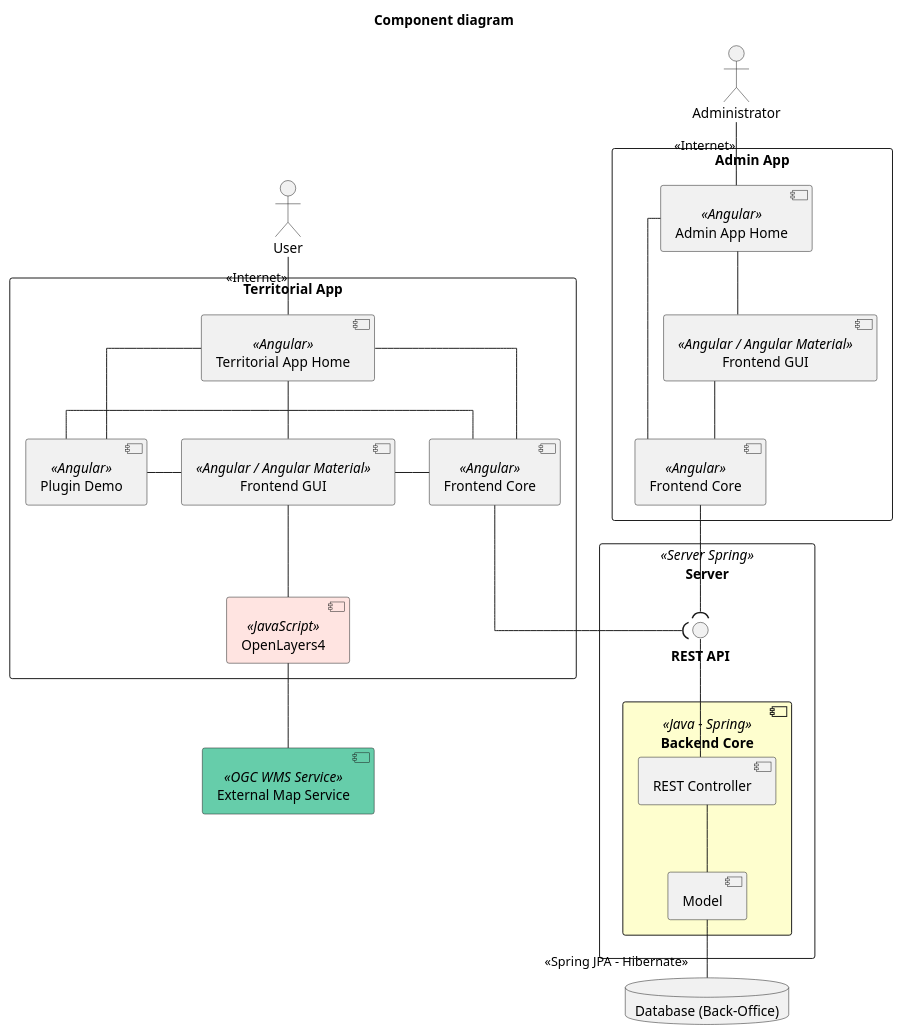
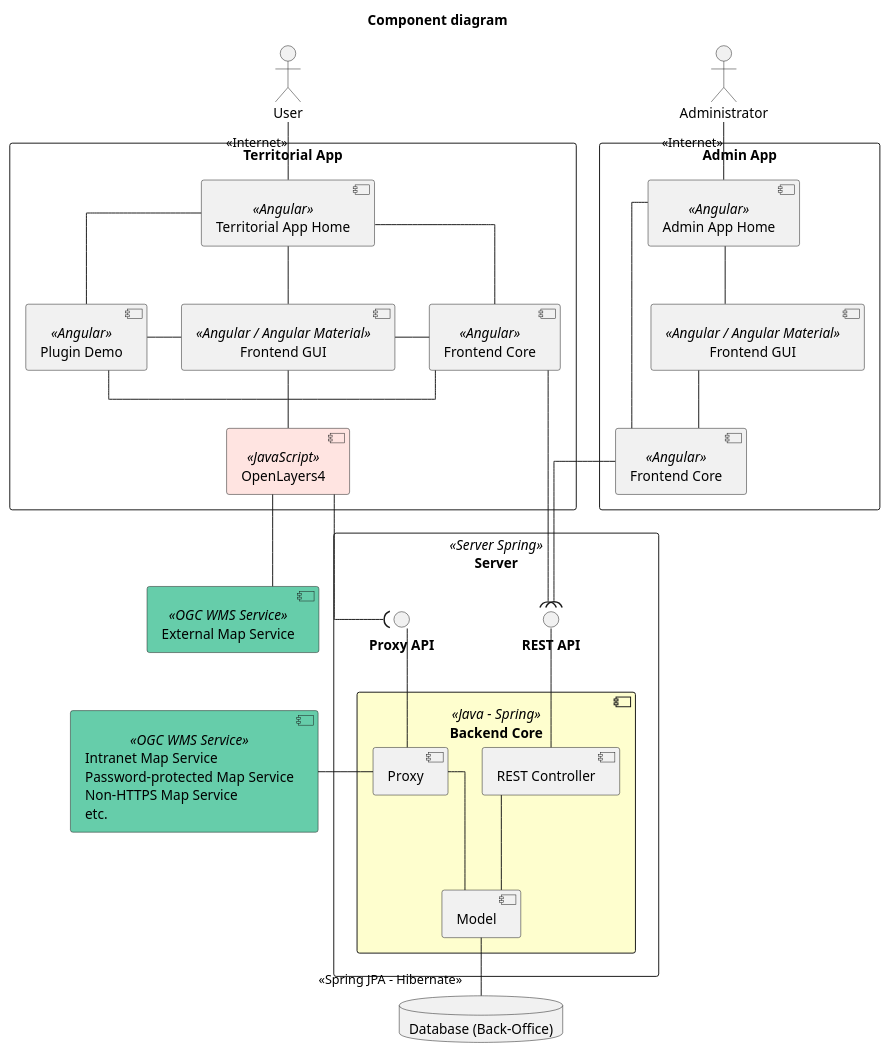
The diagram in doc/components.puml (sitmun/community), drawn with PlantUML before and after one commit.

Commit message:
Added a proxy to the component diagram

```diff
--- a/doc/components.puml
+++ b/doc/components.puml
@@ -1,67 +1,75 @@
 @startuml
-
 skinparam componentStyle uml2
 skinparam linetype ortho
 
 
 title Component diagram
 
 rectangle "Admin App" as admin {
         [Admin App Home] <<Angular>> as ah
         [Frontend Core] <<Angular>> as fc
         [Frontend GUI] <<Angular / Angular Material>> as fg
         ah - fc
         ah -down- fg
         fc -up- fg
 }
 
 
 rectangle "Territorial App" as territ {
         [Territorial App Home] <<Angular>> as ah1
         [Frontend Core] <<Angular>> as fc1
         [Frontend GUI] <<Angular / Angular Material>> as fg1
         [OpenLayers4] as ol1 <<JavaScript>> #MistyRose
         component "Plugin Demo" <<Angular>> as pd
     
         
         fg1 -down- ol1
         fg1 - fc1
         ah1 - fc1
         ah1 - fg1
         ah1 -down- pd
         
         pd - fg1
         pd - fc1
 }
 
     
 rectangle "Server" as server <<Server Spring>> {
         component "Backend Core" <<Java - Spring>> as pcs #FEFECE {
             [REST Controller] as rest
             [Model] as model
+            [Proxy] as proxy
+
         }
         interface "**REST API**" as api
+        interface "**Proxy API**" as proxyApi
 
 }
 
 [External Map Service] as wms <<OGC WMS Service>> #MediumAquaMarine
 ol1 -down- wms
+ol1 -down-( proxyApi
+
+[Intranet Map Service\nPassword-protected Map Service\nNon-HTTPS Map Service\netc.] as intranetWMS <<OGC WMS Service>> #MediumAquaMarine
+
+proxy -left- intranetWMS
+
 
 
 database "Database (Back-Office)" as db{
 }
 
 
 :User:
 :Administrator:
 
 User -down- ah1 : <<Internet>>
 Administrator -down- ah : <<Internet>>
 fc -down-( api
-fc1 -down-( api
+fc1 -( api
 api -down- rest
+proxyApi -down- proxy
 rest -down- model
+proxy -down- model
 model -down- "<<Spring JPA - Hibernate>>" db
-
-
 @enduml
```
